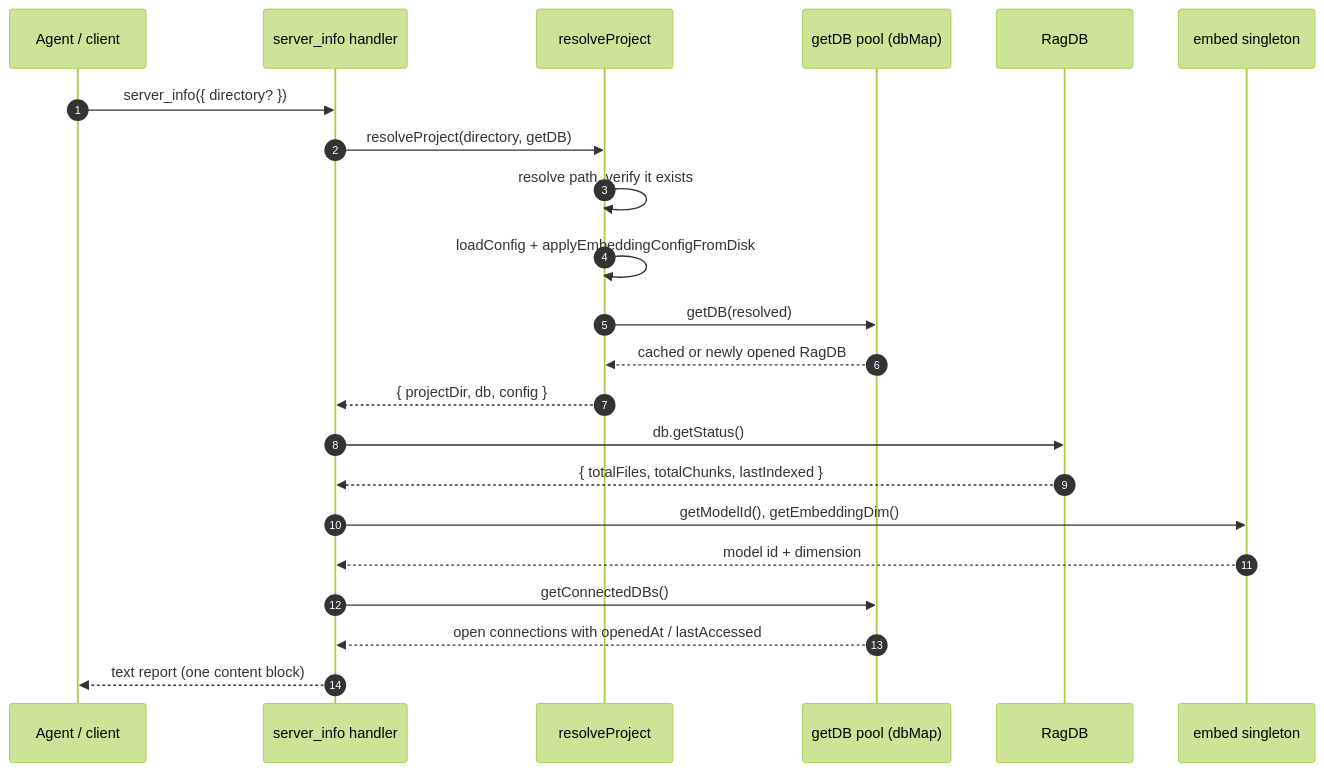
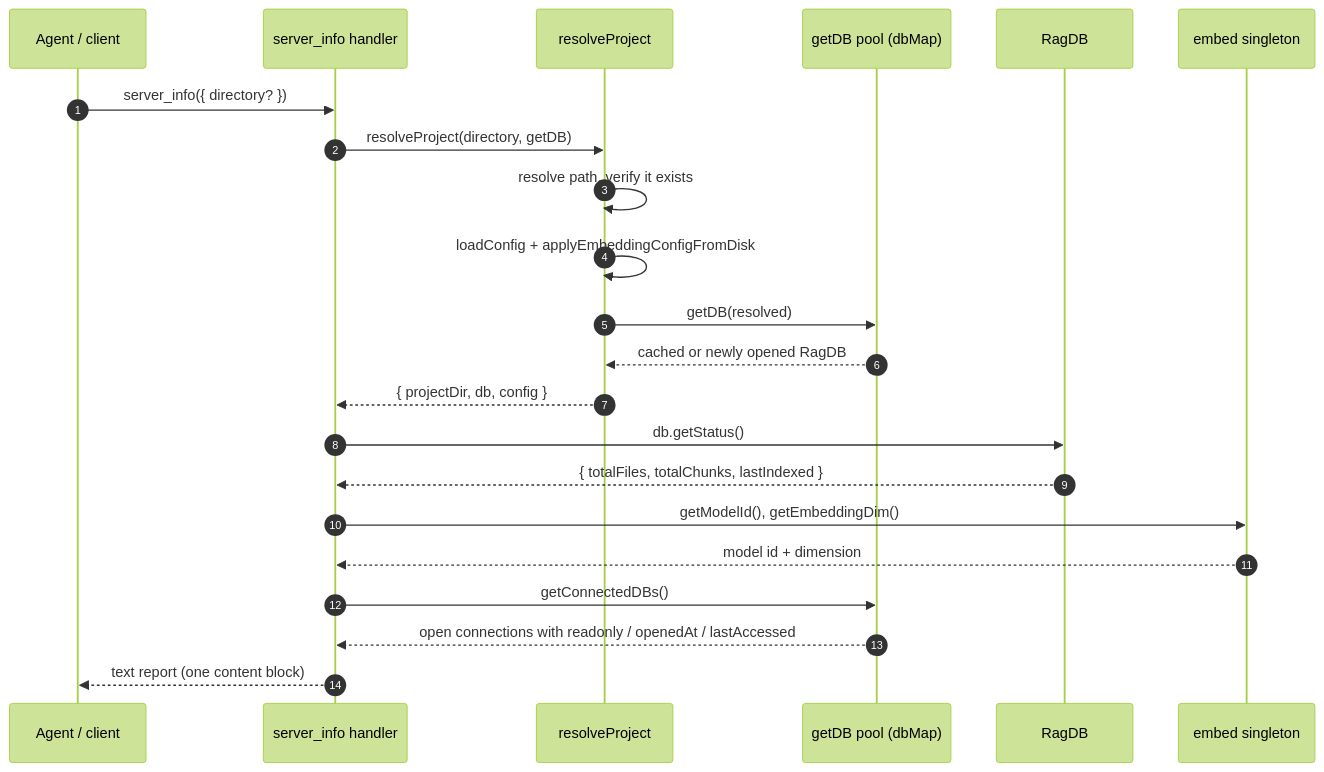
Before and after one commit to TheWinci/mimirs: the diagram in wiki/tools/server-info.md, drawn with Mermaid (forest theme). The commit also changed other lines of this file and 12 other files, not shown here.

First line of the commit message:
docs(wiki): cross-repo + command-channel pages; refresh delegation flows

````diff
--- a/wiki/tools/server-info.md
+++ b/wiki/tools/server-info.md
@@ -41,25 +43,25 @@
 ```mermaid
 sequenceDiagram
   autonumber
   participant Caller as Agent / client
   participant Tool as server_info handler
   participant Resolve as resolveProject
   participant Pool as getDB pool (dbMap)
   participant Store as RagDB
   participant Embed as embed singleton
 
   Caller->>Tool: server_info({ directory? })
   Tool->>Resolve: resolveProject(directory, getDB)
   Resolve->>Resolve: resolve path, verify it exists
   Resolve->>Resolve: loadConfig + applyEmbeddingConfigFromDisk
   Resolve->>Pool: getDB(resolved)
   Pool-->>Resolve: cached or newly opened RagDB
   Resolve-->>Tool: { projectDir, db, config }
   Tool->>Store: db.getStatus()
   Store-->>Tool: { totalFiles, totalChunks, lastIndexed }
   Tool->>Embed: getModelId(), getEmbeddingDim()
   Embed-->>Tool: model id + dimension
   Tool->>Pool: getConnectedDBs()
-  Pool-->>Tool: open connections with openedAt / lastAccessed
+  Pool-->>Tool: open connections with readonly / openedAt / lastAccessed
   Tool-->>Caller: text report (one content block)
 ```
````
